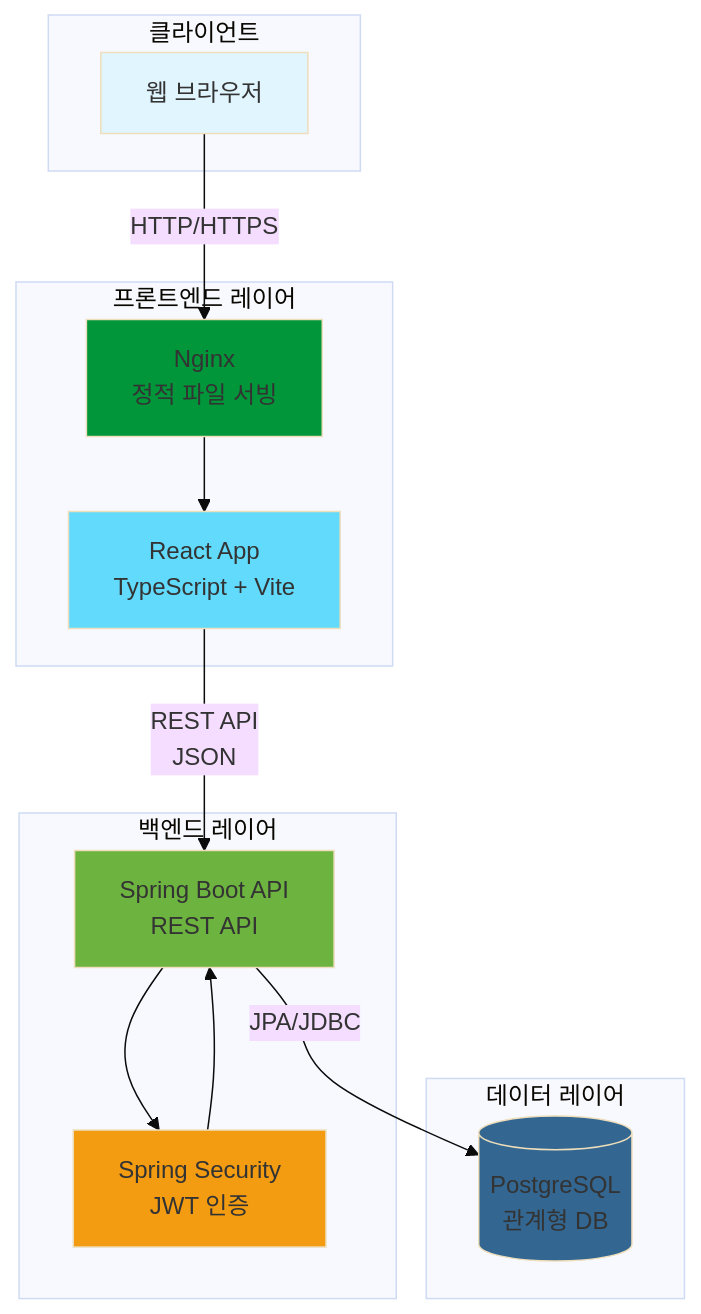
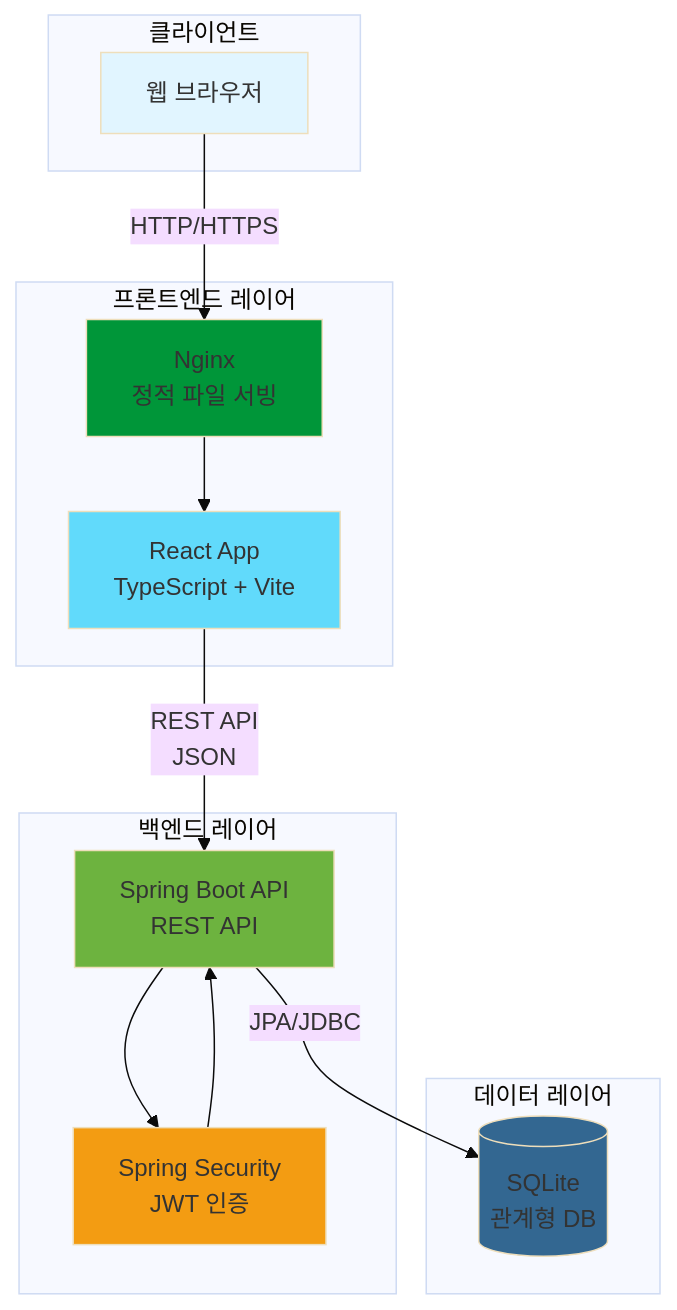
One commit to yuno110/vide-start changed the first of 13 diagrams in docs/design.md. Above: the diagram before and after it, drawn with Mermaid (base theme). The commit also changed other lines of this file and 2 other files, not shown here.

First line of the commit message:
PostgreSQL에서 SQLite로 데이터베이스 변경 - 문서 업데이트 (#27)

````diff
--- a/docs/design.md
+++ b/docs/design.md
@@ -63,34 +63,34 @@
 ```mermaid
 graph TB
     subgraph "클라이언트"
         Browser[웹 브라우저]
     end
 
     subgraph "프론트엔드 레이어"
         React[React App<br/>TypeScript + Vite]
         Nginx[Nginx<br/>정적 파일 서빙]
     end
 
     subgraph "백엔드 레이어"
         API[Spring Boot API<br/>REST API]
         Auth[Spring Security<br/>JWT 인증]
     end
 
     subgraph "데이터 레이어"
-        DB[(PostgreSQL<br/>관계형 DB)]
+        DB[(SQLite<br/>관계형 DB)]
     end
 
     Browser -->|HTTP/HTTPS| Nginx
     Nginx --> React
     React -->|REST API<br/>JSON| API
     API --> Auth
     Auth --> API
     API -->|JPA/JDBC| DB
 
     style Browser fill:#e1f5ff
     style React fill:#61dafb
     style Nginx fill:#009639
     style API fill:#6db33f
     style Auth fill:#f39c12
     style DB fill:#336791
 ```
````
